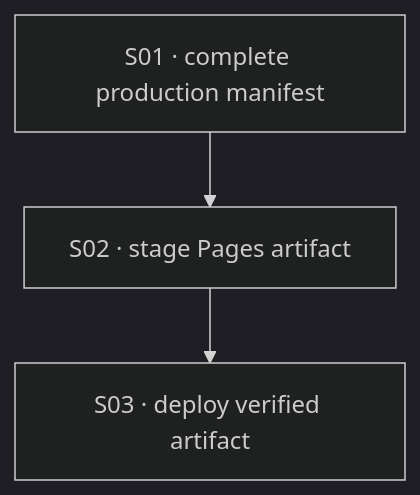
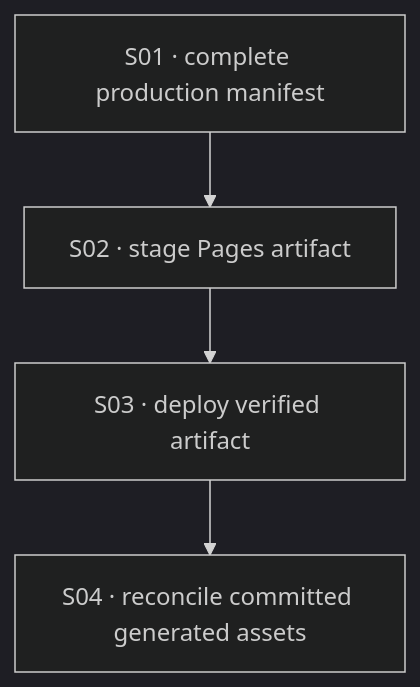
Before and after one commit to john-paul-ruf/Operator-s-Descent: the diagram in program/operator-s-descent/prompts/github-pages-build-script/STATE.md, drawn with Mermaid (dark theme). The commit also changed other lines of this file, not shown here.

````diff
--- a/program/operator-s-descent/prompts/github-pages-build-script/STATE.md
+++ b/program/operator-s-descent/prompts/github-pages-build-script/STATE.md
@@ -29,5 +31,6 @@
 ```mermaid
 flowchart TD
   S01["S01 · complete production manifest"] --> S02["S02 · stage Pages artifact"]
   S02 --> S03["S03 · deploy verified artifact"]
+  S03 --> S04["S04 · reconcile committed generated assets"]
 ```
````
